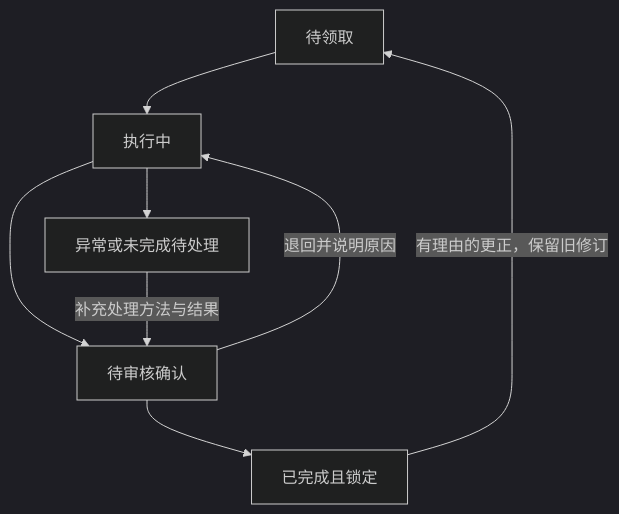
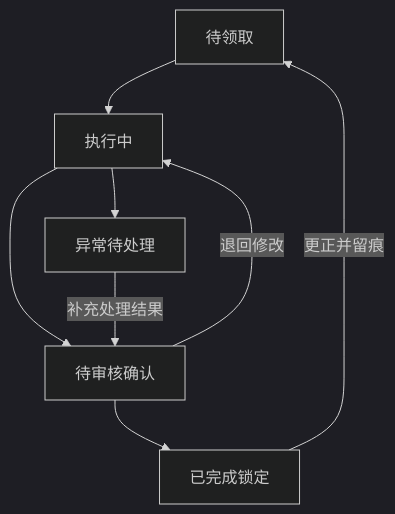
One commit to JNchen7/scada-harness-engineering changed the diagram in docs/design-docs/19-设备维保无纸化.md. Above: the diagram before and after it, drawn with Mermaid (dark theme). The commit also changed other lines of this file and 5 other files, not shown here.

Commit message:
docs: keep diagram labels compact and readable

````diff
--- a/docs/design-docs/19-设备维保无纸化.md
+++ b/docs/design-docs/19-设备维保无纸化.md
@@ -15,10 +15,10 @@
 ```mermaid
 flowchart TB
     A["待领取"] --> B["执行中"]
     B --> C["待审核确认"]
-    B --> X["异常或未完成待处理"]
-    X -->|"补充处理方法与结果"| C
-    C -->|"退回并说明原因"| B
-    C --> D["已完成且锁定"]
-    D -->|"有理由的更正，保留旧修订"| A
+    B --> X["异常待处理"]
+    X -->|"补充处理结果"| C
+    C -->|"退回修改"| B
+    C --> D["已完成锁定"]
+    D -->|"更正并留痕"| A
 ```
````
